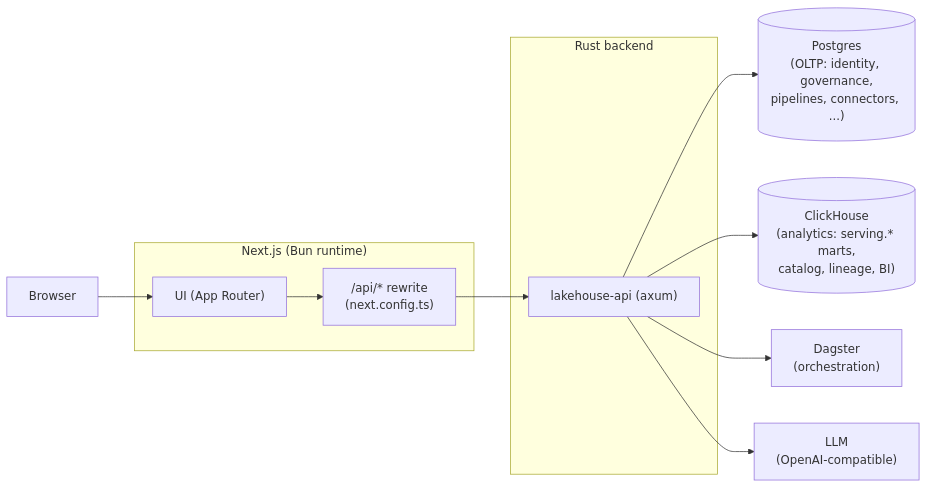
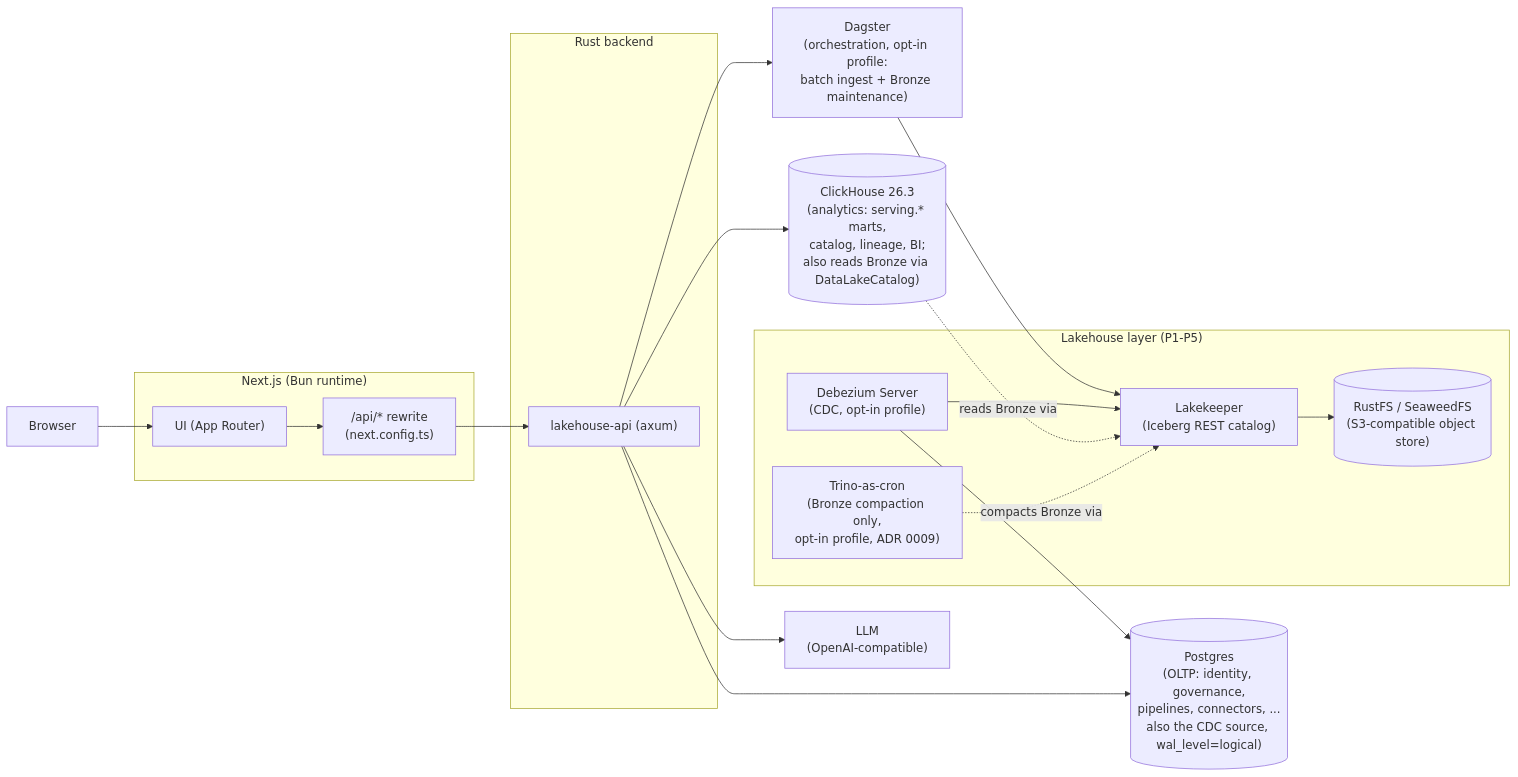
The diagram in README.md (RantAI-dev/RantAI-Lakehouse), drawn with Mermaid before and after one commit. The commit also changed other lines of this file, not shown here.

First line of the commit message:
docs(readme): truth-up architecture diagram, config table, limitations (P6)

````diff
--- a/README.md
+++ b/README.md
@@ -29,26 +29,39 @@
 ```mermaid
 flowchart LR
     Browser["Browser"]
 
     subgraph Frontend["Next.js (Bun runtime)"]
         UI["UI (App Router)"]
         Rewrite["/api/* rewrite\n(next.config.ts)"]
     end
 
     subgraph Backend["Rust backend"]
         API["lakehouse-api (axum)"]
     end
 
-    Postgres[("Postgres\n(OLTP: identity, governance,\npipelines, connectors, ...)")]
-    ClickHouse[("ClickHouse\n(analytics: serving.* marts,\ncatalog, lineage, BI)")]
-    Dagster["Dagster\n(orchestration)"]
+    Postgres[("Postgres\n(OLTP: identity, governance,\npipelines, connectors, ...\nalso the CDC source, wal_level=logical)")]
+    ClickHouse[("ClickHouse 26.3\n(analytics: serving.* marts,\ncatalog, lineage, BI;\nalso reads Bronze via DataLakeCatalog)")]
+    Dagster["Dagster\n(orchestration, opt-in profile:\nbatch ingest + Bronze maintenance)"]
     LLM["LLM\n(OpenAI-compatible)"]
+
+    subgraph Lakehouse["Lakehouse layer (P1-P5)"]
+        Lakekeeper["Lakekeeper\n(Iceberg REST catalog)"]
+        RustFS[("RustFS / SeaweedFS\n(S3-compatible object store)")]
+        Debezium["Debezium Server\n(CDC, opt-in profile)"]
+        Trino["Trino-as-cron\n(Bronze compaction only,\nopt-in profile, ADR 0009)"]
+    end
 
     Browser --> UI
     UI --> Rewrite
     Rewrite --> API
     API --> Postgres
     API --> ClickHouse
     API --> Dagster
     API --> LLM
+    Dagster --> Lakekeeper
+    Debezium --> Lakekeeper
+    Debezium --> Postgres
+    Lakekeeper --> RustFS
+    ClickHouse -. reads Bronze via .-> Lakekeeper
+    Trino -. compacts Bronze via .-> Lakekeeper
 ```
````
